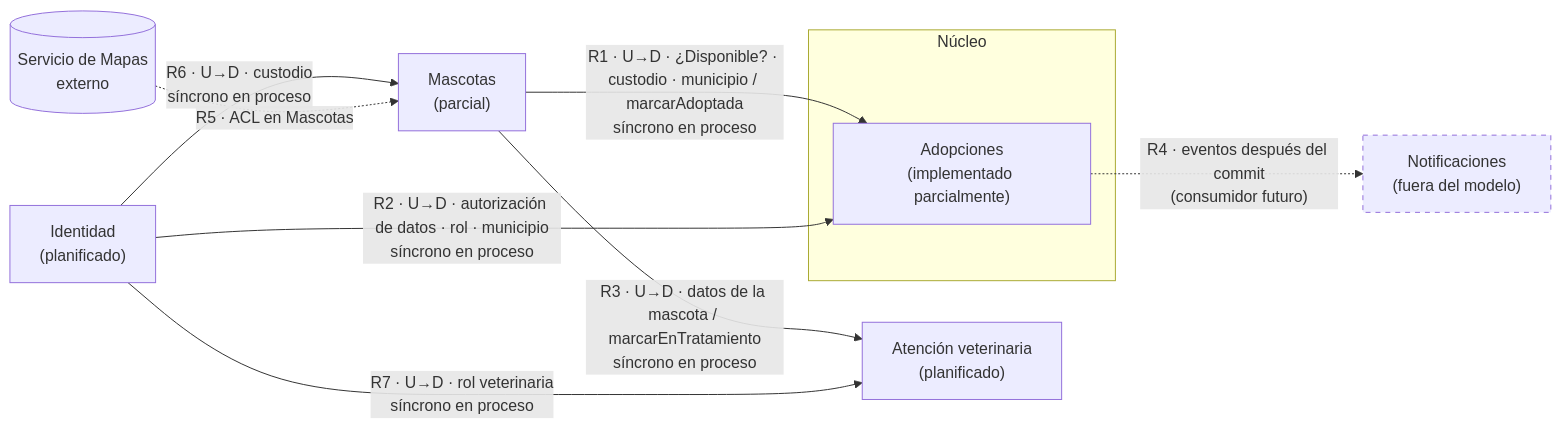
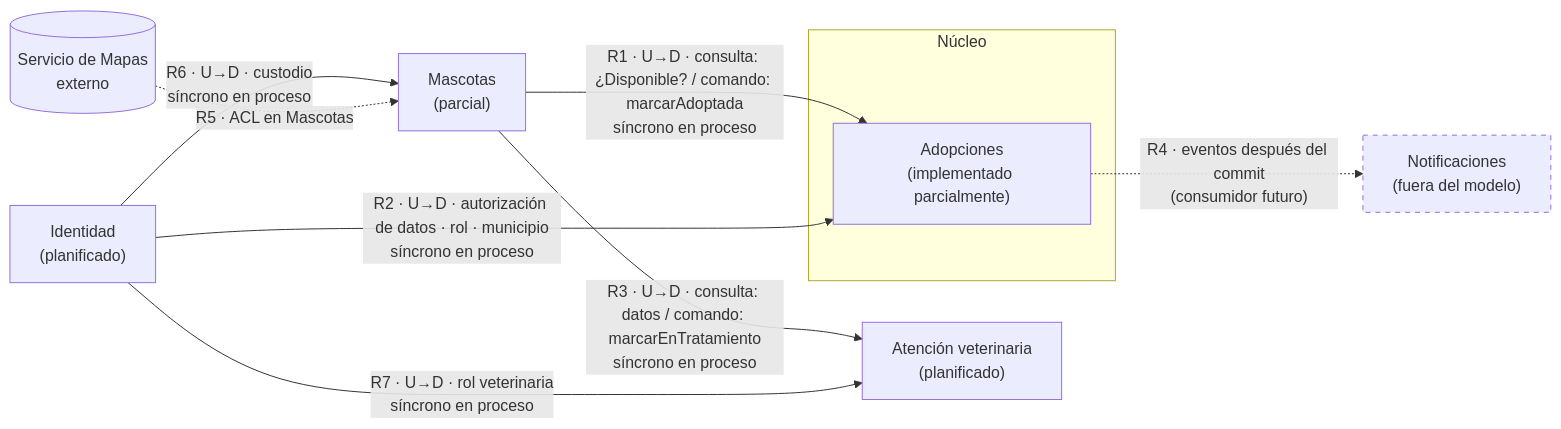
One commit to Charry21/PatitasUrbanas changed the diagram in docs/dominio/responsabilidades-contextos.md. Above: the diagram before and after it, drawn with Mermaid. The commit also changed other lines of this file and 5 other files, not shown here.

````diff
--- a/docs/dominio/responsabilidades-contextos.md
+++ b/docs/dominio/responsabilidades-contextos.md
@@ -94,21 +128,21 @@
 ```mermaid
 flowchart LR
   subgraph CORE["Núcleo"]
     ADO["Adopciones<br/>(implementado parcialmente)"]
   end
   MAS["Mascotas<br/>(parcial)"]
   VET["Atención veterinaria<br/>(planificado)"]
   IDE["Identidad<br/>(planificado)"]
   NOT["Notificaciones<br/>(fuera del modelo)"]
   MAPS[("Servicio de Mapas<br/>externo")]
 
-  MAS -- "R1 · U→D · ¿Disponible? · custodio · municipio / marcarAdoptada<br/>síncrono en proceso" --> ADO
+  MAS -- "R1 · U→D · consulta: ¿Disponible? / comando: marcarAdoptada<br/>síncrono en proceso" --> ADO
   IDE -- "R2 · U→D · autorización de datos · rol · municipio<br/>síncrono en proceso" --> ADO
-  MAS -- "R3 · U→D · datos de la mascota / marcarEnTratamiento<br/>síncrono en proceso" --> VET
+  MAS -- "R3 · U→D · consulta: datos / comando: marcarEnTratamiento<br/>síncrono en proceso" --> VET
   IDE -- "R6 · U→D · custodio<br/>síncrono en proceso" --> MAS
   IDE -- "R7 · U→D · rol veterinaria<br/>síncrono en proceso" --> VET
   ADO -. "R4 · eventos después del commit<br/>(consumidor futuro)" .-> NOT
   MAPS -. "R5 · ACL en Mascotas" .-> MAS
 
   style NOT stroke-dasharray: 5 5
 ```
````
